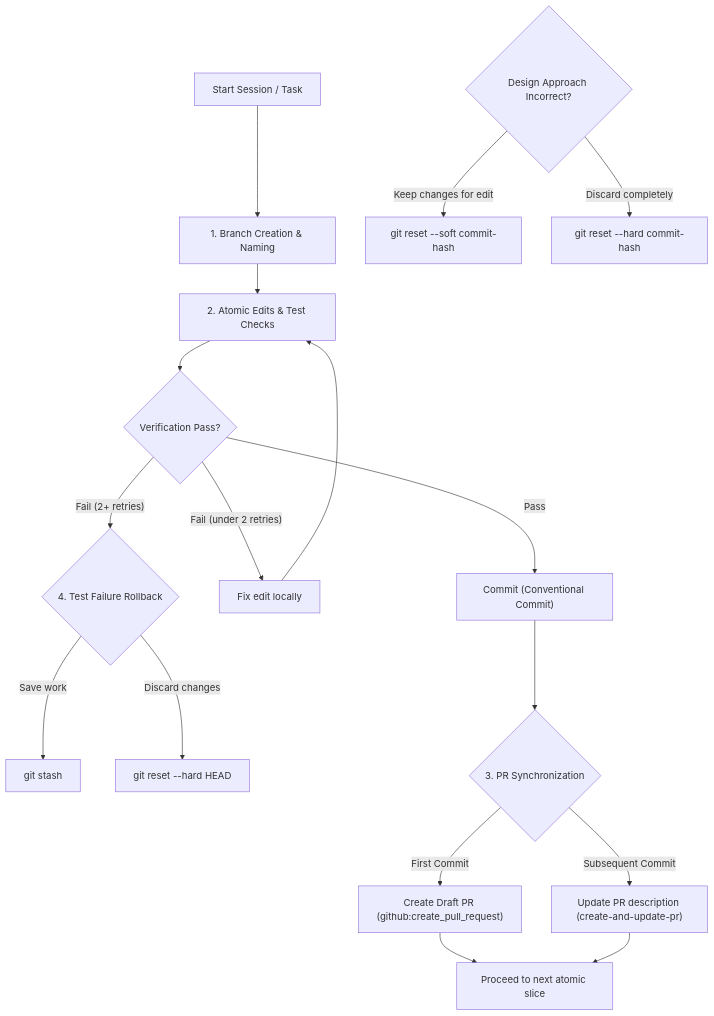
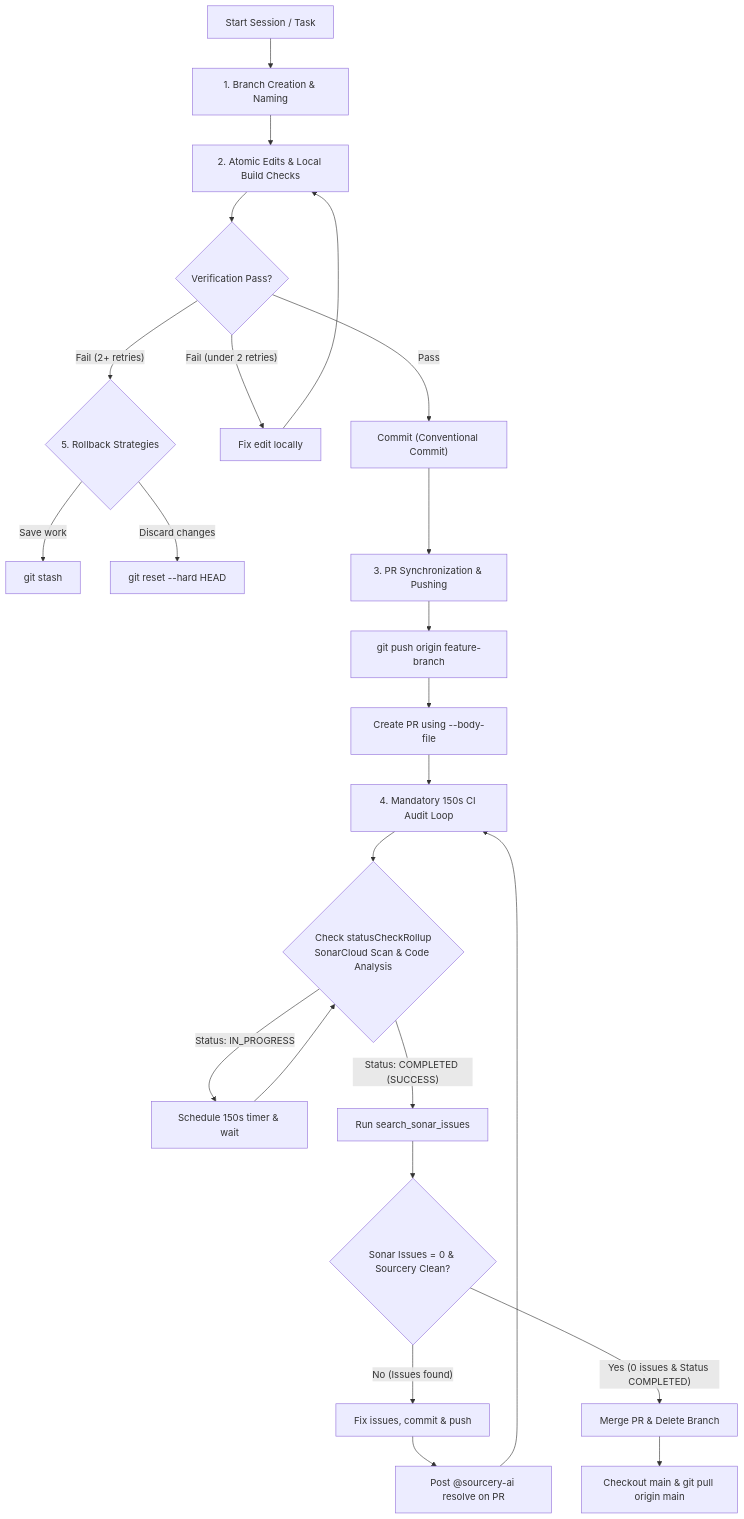
The diagram in git-lifecycle-management/SKILL.md (loerei/myskills), drawn with Mermaid before and after one commit. The commit also changed other lines of this file, not shown here.

Commit message:
Update skill: git-lifecycle-management with 2-step CI gate checks

````diff
--- a/git-lifecycle-management/SKILL.md
+++ b/git-lifecycle-management/SKILL.md
@@ -26,19 +31,30 @@
 ```mermaid
 flowchart TD
     Start["Start Session / Task"] --> Branch["1. Branch Creation & Naming"]
-    Branch --> Edit["2. Atomic Edits & Test Checks"]
+    Branch --> Edit["2. Atomic Edits & Local Build Checks"]
     Edit --> Verify{"Verification Pass?"}
     Verify -->|"Pass"| Commit["Commit (Conventional Commit)"]
     Verify -->|"Fail (under 2 retries)"| FixEdit["Fix edit locally"]
     FixEdit --> Edit
-    Verify -->|"Fail (2+ retries)"| RollbackTest{"4. Test Failure Rollback"}
+    Verify -->|"Fail (2+ retries)"| RollbackTest{"5. Rollback Strategies"}
     RollbackTest -->|"Save work"| Stash["git stash"]
     RollbackTest -->|"Discard changes"| ResetHard["git reset --hard HEAD"]
-    DesignPivot{"Design Approach Incorrect?"} -->|"Keep changes for edit"| ResetSoft["git reset --soft commit-hash"]
-    DesignPivot -->|"Discard completely"| ResetHardPath["git reset --hard commit-hash"]
-    Commit --> PRSync{"3. PR Synchronization"}
-    PRSync -->|"First Commit"| CreatePR["Create Draft PR (github:create_pull_request)"]
-    PRSync -->|"Subsequent Commit"| UpdatePR["Update PR description (create-and-update-pr)"]
-    CreatePR --> NextTask["Proceed to next atomic slice"]
-    UpdatePR --> NextTask
+    
+    Commit --> PRSync["3. PR Synchronization & Pushing"]
+    PRSync --> Push["git push origin feature-branch"]
+    Push --> CreatePR["Create PR using --body-file"]
+    
+    CreatePR --> TimerLoop["4. Mandatory 150s CI Audit Loop"]
+    TimerLoop --> WaitCI{"Check statusCheckRollup<br/>SonarCloud Scan & Code Analysis"}
+    WaitCI -->|"Status: IN_PROGRESS"| SleepTimer["Schedule 150s timer & wait"]
+    SleepTimer --> WaitCI
+    WaitCI -->|"Status: COMPLETED (SUCCESS)"| QuerySonar["Run search_sonar_issues"]
+    
+    QuerySonar --> IssuesCheck{"Sonar Issues = 0 & Sourcery Clean?"}
+    IssuesCheck -->|"No (Issues found)"| FixIssues["Fix issues, commit & push"]
+    FixIssues --> CommentResolve["Post @sourcery-ai resolve on PR"]
+    CommentResolve --> TimerLoop
+    
+    IssuesCheck -->|"Yes (0 issues & Status COMPLETED)"| MergePR["Merge PR & Delete Branch"]
+    MergePR --> ReturnMain["Checkout main & git pull origin main"]
 ```
````
